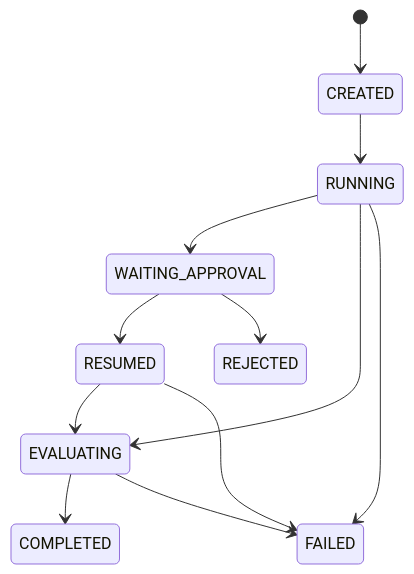
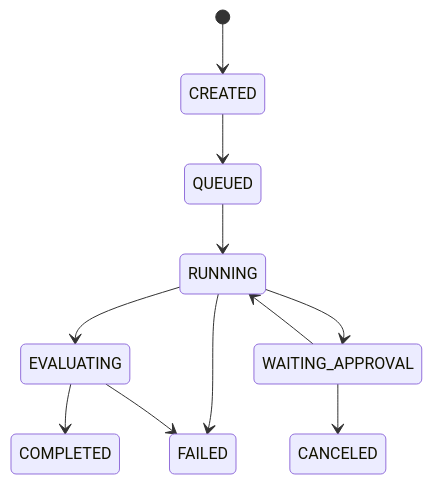
One commit to reiidoda/OpenRe changed the second of 3 diagrams in docs/19_low_level_design.md. Above: the diagram before and after it, drawn with Mermaid. The commit also changed other lines of this file and 40 other files, not shown here.

Commit message:
docs(product): align OpenRe vision, roadmap, and execution plan

````diff
--- a/docs/19_low_level_design.md
+++ b/docs/19_low_level_design.md
@@ -37,14 +76,13 @@
 ```mermaid
 stateDiagram-v2
   [*] --> CREATED
-  CREATED --> RUNNING
+  CREATED --> QUEUED
+  QUEUED --> RUNNING
   RUNNING --> WAITING_APPROVAL
-  WAITING_APPROVAL --> RESUMED
-  WAITING_APPROVAL --> REJECTED
+  WAITING_APPROVAL --> RUNNING
   RUNNING --> EVALUATING
-  RESUMED --> EVALUATING
   EVALUATING --> COMPLETED
   RUNNING --> FAILED
-  RESUMED --> FAILED
   EVALUATING --> FAILED
+  WAITING_APPROVAL --> CANCELED
 ```
````
